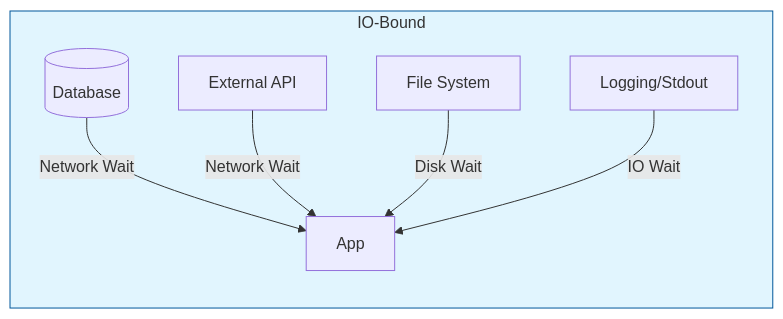
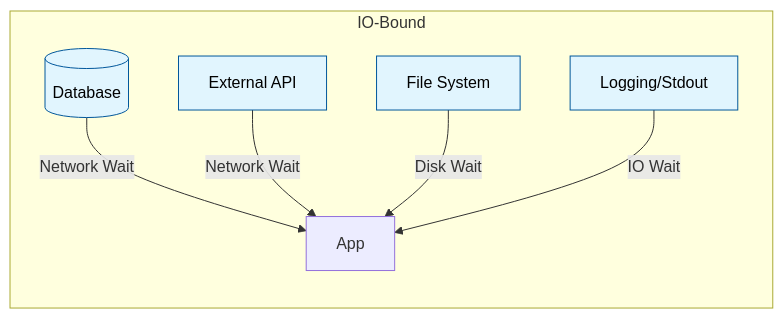
Before and after one commit to ahmed-226/Backend-from-first-principles: the sixth of 22 diagrams in 19.Concurrency & Parallelism/README.md, drawn with Mermaid. The commit also changed other lines of this file, not shown here.

````diff
--- a/19.Concurrency & Parallelism/README.md
+++ b/19.Concurrency & Parallelism/README.md
@@ -147,11 +154,14 @@
 ```mermaid
 graph LR
     subgraph IO-Bound
         DB[(Database)] -->|Network Wait| A[App]
         API[External API] -->|Network Wait| A
         FS[File System] -->|Disk Wait| A
         LOG[Logging/Stdout] -->|IO Wait| A
     end
-    
-    style IO-Bound fill:#e1f5fe,stroke:#01579b
+
+    style DB fill:#e1f5fe,stroke:#01579b,color:#000
+    style API fill:#e1f5fe,stroke:#01579b,color:#000
+    style FS fill:#e1f5fe,stroke:#01579b,color:#000
+    style LOG fill:#e1f5fe,stroke:#01579b,color:#000
 ```
````
